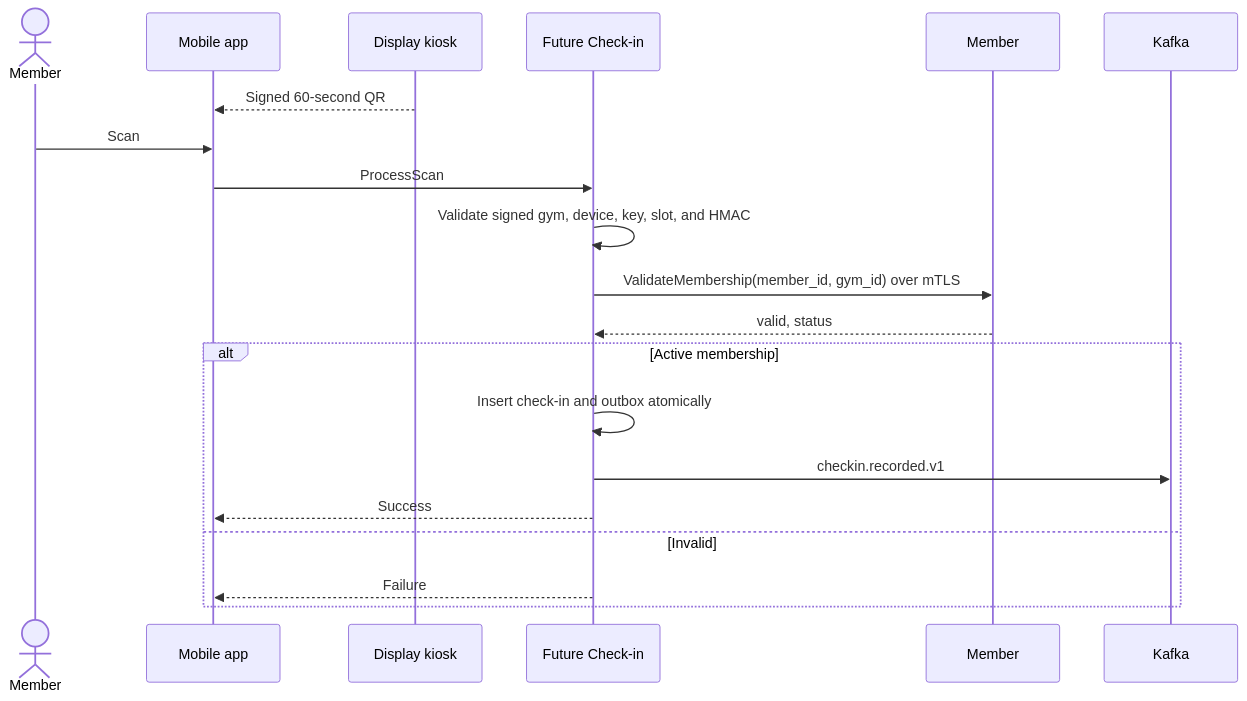
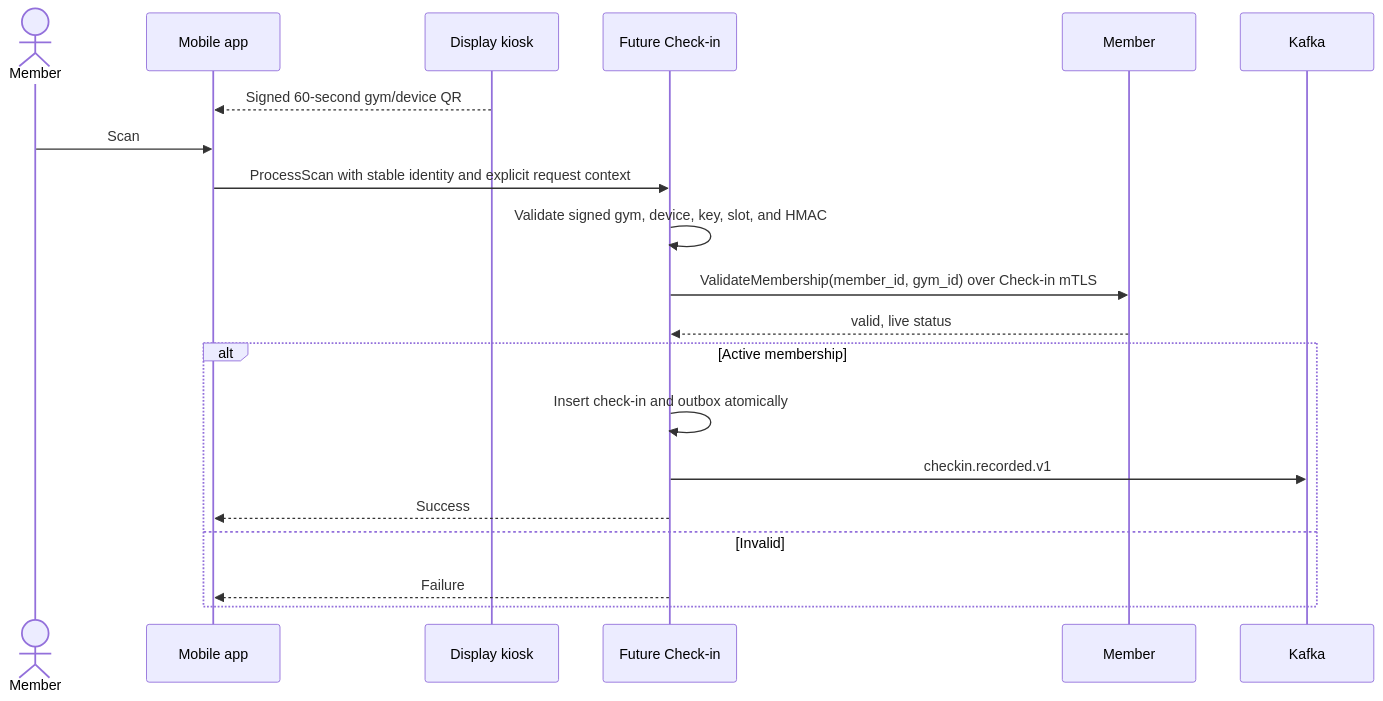
The fourth of 5 diagrams in flows/01-business-flows.md (pploc/gym-architect), drawn with Mermaid before and after one commit. The commit also changed other lines of this file and 23 other files, not shown here.

````diff
--- a/flows/01-business-flows.md
+++ b/flows/01-business-flows.md
@@ -170,23 +148,23 @@
 ```mermaid
 sequenceDiagram
     actor M as Member
     participant APP as Mobile app
     participant D as Display kiosk
     participant CS as Future Check-in
     participant MB as Member
     participant KF as Kafka
 
-    D-->>APP: Signed 60-second QR
+    D-->>APP: Signed 60-second gym/device QR
     M->>APP: Scan
-    APP->>CS: ProcessScan
+    APP->>CS: ProcessScan with stable identity and explicit request context
     CS->>CS: Validate signed gym, device, key, slot, and HMAC
-    CS->>MB: ValidateMembership(member_id, gym_id) over mTLS
-    MB-->>CS: valid, status
+    CS->>MB: ValidateMembership(member_id, gym_id) over Check-in mTLS
+    MB-->>CS: valid, live status
     alt Active membership
         CS->>CS: Insert check-in and outbox atomically
         CS->>KF: checkin.recorded.v1
         CS-->>APP: Success
     else Invalid
         CS-->>APP: Failure
     end
 ```
````
